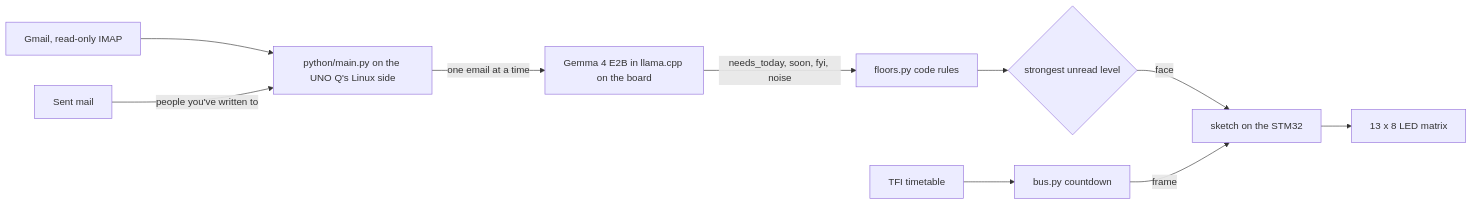
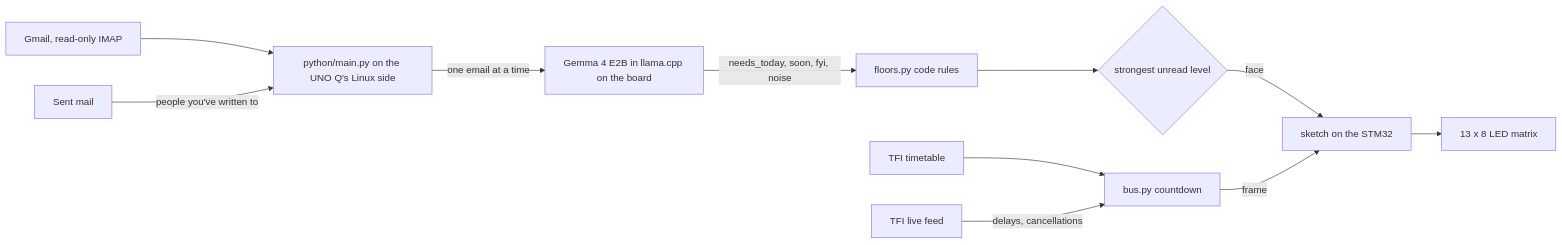
The diagram in README.md (MuhammadMurtuzaHussain/morning-sloth), drawn with Mermaid before and after one commit. The commit also changed other lines of this file and 7 other files, not shown here.

First line of the commit message:
Count down to the bus that's actually coming, from TFI's live feed

````diff
--- a/README.md
+++ b/README.md
@@ -26,12 +26,13 @@
 ```mermaid
 flowchart LR
   G[Gmail, read-only IMAP] --> P[python/main.py on the UNO Q's Linux side]
   S[Sent mail] -->|people you've written to| P
   P -->|one email at a time| M[Gemma 4 E2B in llama.cpp on the board]
   M -->|needs_today, soon, fyi, noise| R[floors.py code rules]
   R --> F{strongest unread level}
   T[TFI timetable] --> B[bus.py countdown]
+  RT[TFI live feed] -->|delays, cancellations| B
   F -->|face| K[sketch on the STM32]
   B -->|frame| K
   K --> L[13 x 8 LED matrix]
 ```
````
